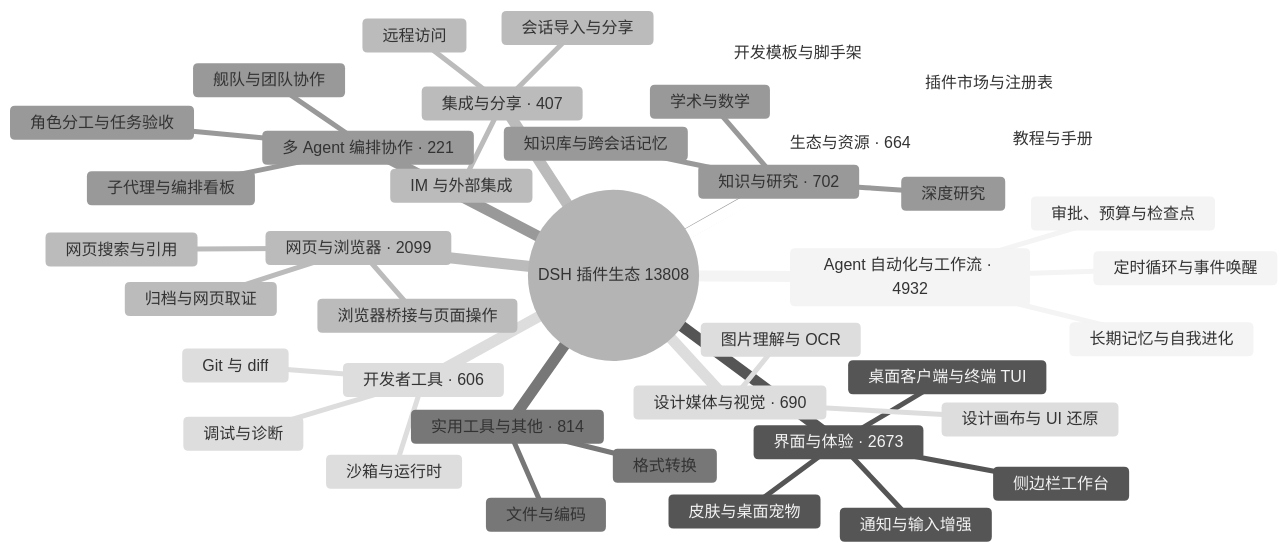
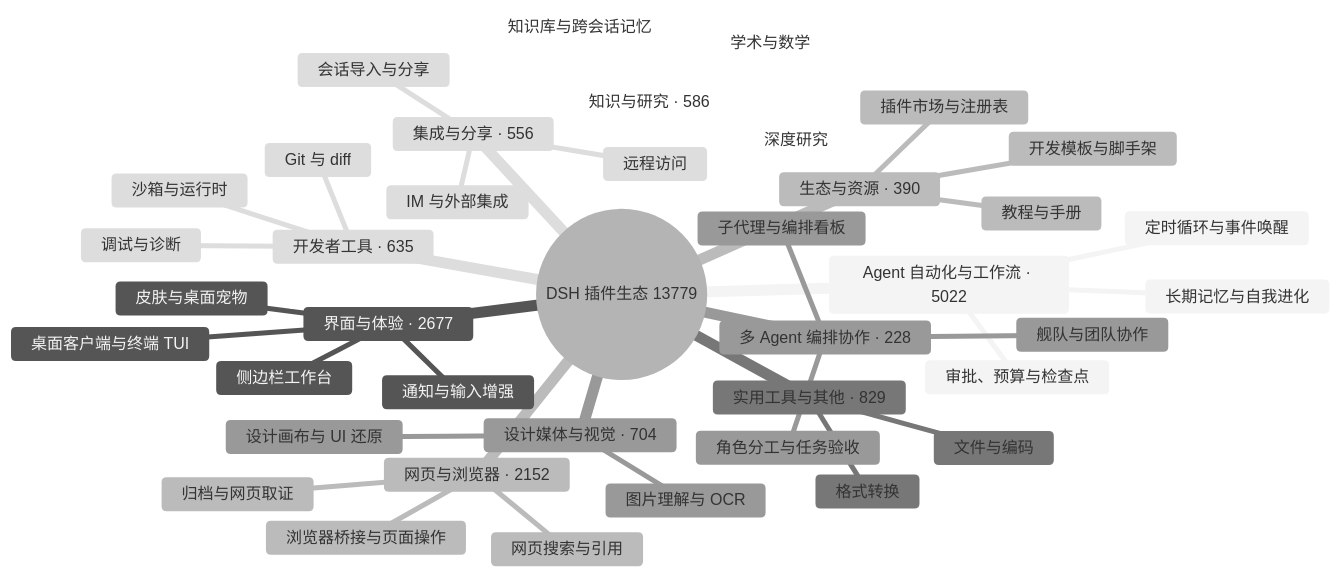
The diagram in README.md (bruc3van/awesome-dsh-plugin), drawn with Mermaid (neutral theme) before and after one commit. The commit also changed other lines of this file and 43 other files, not shown here.

````diff
--- a/README.md
+++ b/README.md
@@ -16,43 +16,43 @@
 ```mermaid
 mindmap
-  root((DSH 插件生态 13808))
-    Agent 自动化与工作流 · 4932
+  root((DSH 插件生态 13779))
+    Agent 自动化与工作流 · 5022
       定时循环与事件唤醒
       长期记忆与自我进化
       审批、预算与检查点
-    界面与体验 · 2673
+    界面与体验 · 2677
       桌面客户端与终端 TUI
       侧边栏工作台
       皮肤与桌面宠物
       通知与输入增强
-    网页与浏览器 · 2099
+    网页与浏览器 · 2152
       浏览器桥接与页面操作
       网页搜索与引用
       归档与网页取证
-    实用工具与其他 · 814
+    实用工具与其他 · 829
       文件与编码
       格式转换
-    知识与研究 · 702
+    设计媒体与视觉 · 704
+      图片理解与 OCR
+      设计画布与 UI 还原
+    开发者工具 · 635
+      Git 与 diff
+      沙箱与运行时
+      调试与诊断
+    知识与研究 · 586
       知识库与跨会话记忆
       深度研究
       学术与数学
-    设计媒体与视觉 · 690
-      图片理解与 OCR
-      设计画布与 UI 还原
-    生态与资源 · 664
+    集成与分享 · 556
+      会话导入与分享
+      远程访问
+      IM 与外部集成
+    生态与资源 · 390
       插件市场与注册表
       开发模板与脚手架
       教程与手册
-    开发者工具 · 606
-      Git 与 diff
-      沙箱与运行时
-      调试与诊断
-    集成与分享 · 407
-      会话导入与分享
-      远程访问
-      IM 与外部集成
-    多 Agent 编排协作 · 221
+    多 Agent 编排协作 · 228
       子代理与编排看板
       舰队与团队协作
       角色分工与任务验收
 ```
````
